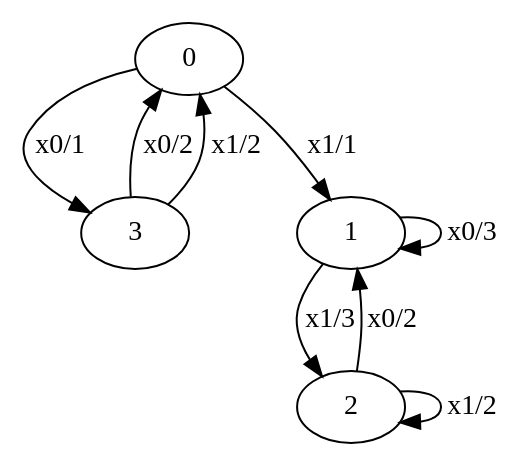
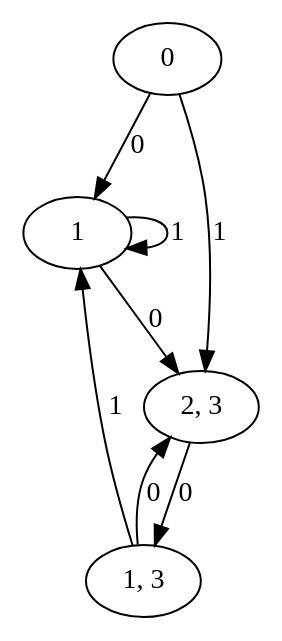
The diagram in MinimizationAutomate/src/main/resources/graph.dot (matjukov-nikolaj/TAaFL), drawn with Graphviz before and after one commit. The commit also changed 57 other files, not shown here.

```diff
--- a/MinimizationAutomate/src/main/resources/graph.dot
+++ b/MinimizationAutomate/src/main/resources/graph.dot
@@ -1,1 +1,1 @@
-digraph G{"0"->"3"[label="x0/1"];"0"->"1"[label="x1/1"];"1"->"1"[label="x0/3"];"1"->"2"[label="x1/3"];"2"->"1"[label="x0/2"];"2"->"2"[label="x1/2"];"3"->"0"[label="x0/2"];"3"->"0"[label="x1/2"];}
+digraph G{"1"->"2, 3"[label="0"];"1"->"1"[label="1"];"2, 3"->"1, 3"[label="0"];"1, 3"->"2, 3"[label="0"];"1, 3"->"1"[label="1"];"0"->"1"[label="0"];"0"->"2, 3"[label="1"];}
```
